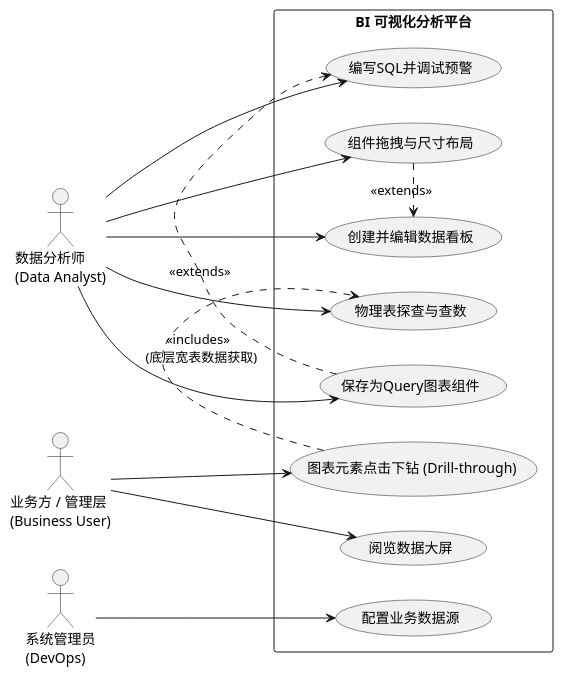
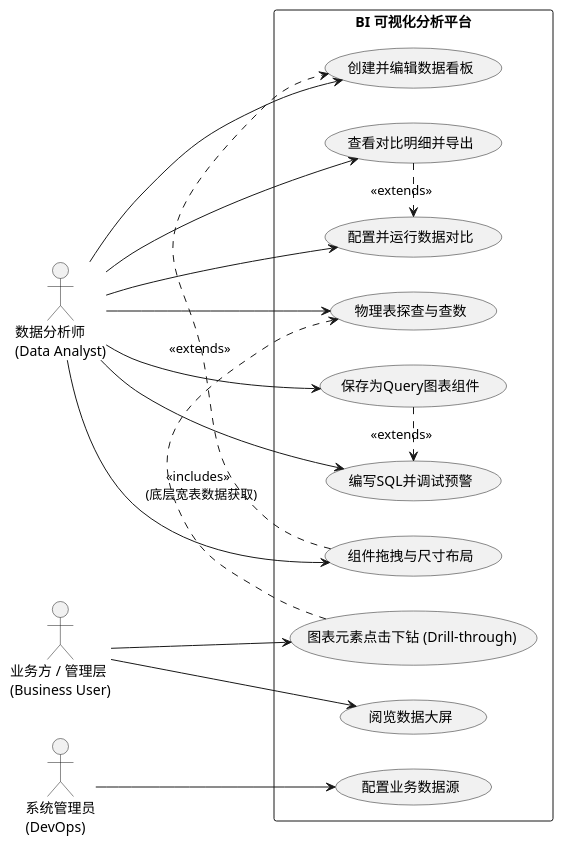
The first of 6 diagrams in 4_plus_1_views.md (Percy-m/data_search), drawn with PlantUML before and after one commit. The commit also changed other lines of this file and 23 other files, not shown here.

````diff
--- a/4_plus_1_views.md
+++ b/4_plus_1_views.md
@@ -12,38 +12,43 @@
 ```plantuml
 @startuml
 left to right direction
 skinparam packageStyle rectangle
 
 actor "数据分析师\n(Data Analyst)" as Analyst
 actor "业务方 / 管理层\n(Business User)" as BusinessUser
 actor "系统管理员\n(DevOps)" as Admin
 
 rectangle "BI 可视化分析平台" {
   usecase "配置业务数据源" as UC1
   usecase "物理表探查与查数" as UC2
   usecase "编写SQL并调试预警" as UC3
   usecase "保存为Query图表组件" as UC4
+  usecase "配置并运行数据对比" as UC9
+  usecase "查看对比明细并导出" as UC10
   
   usecase "创建并编辑数据看板" as UC5
   usecase "组件拖拽与尺寸布局" as UC6
   
   usecase "阅览数据大屏" as UC7
   usecase "图表元素点击下钻 (Drill-through)" as UC8
 }
 
 Admin --> UC1
 Analyst --> UC2
 Analyst --> UC3
 Analyst --> UC4
+Analyst --> UC9
+Analyst --> UC10
 Analyst --> UC5
 Analyst --> UC6
 
 BusinessUser --> UC7
 BusinessUser --> UC8
 
 UC8 .> UC2 : <<includes>> \n (底层宽表数据获取)
 UC4 .> UC3 : <<extends>>
 UC6 .> UC5 : <<extends>>
+UC10 .> UC9 : <<extends>>
 
 @enduml
 ```
````
